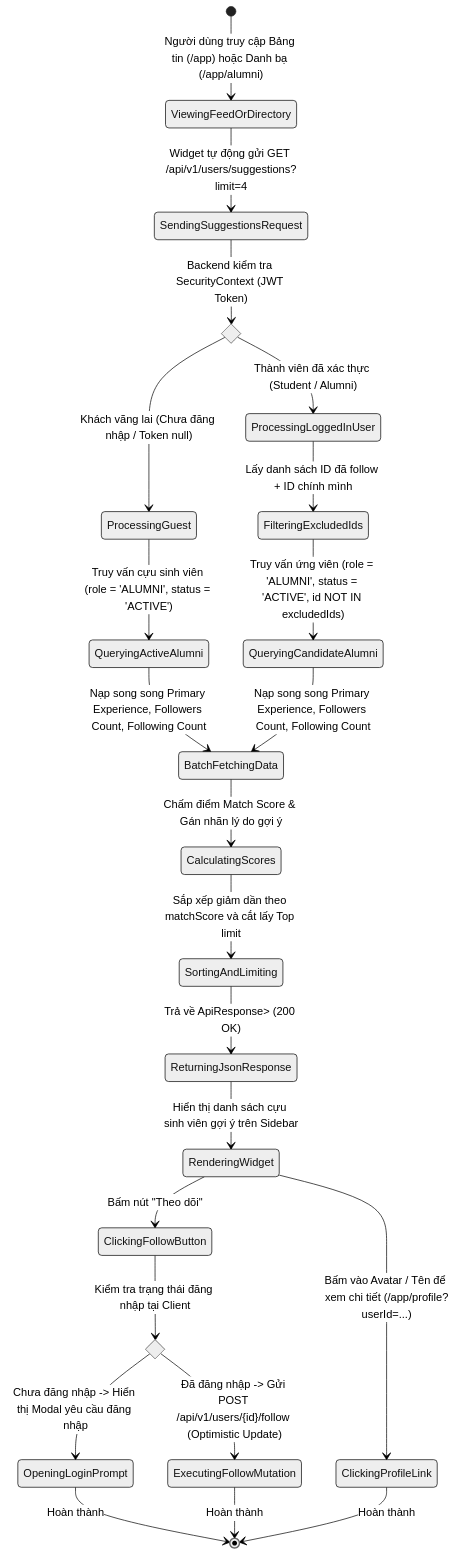
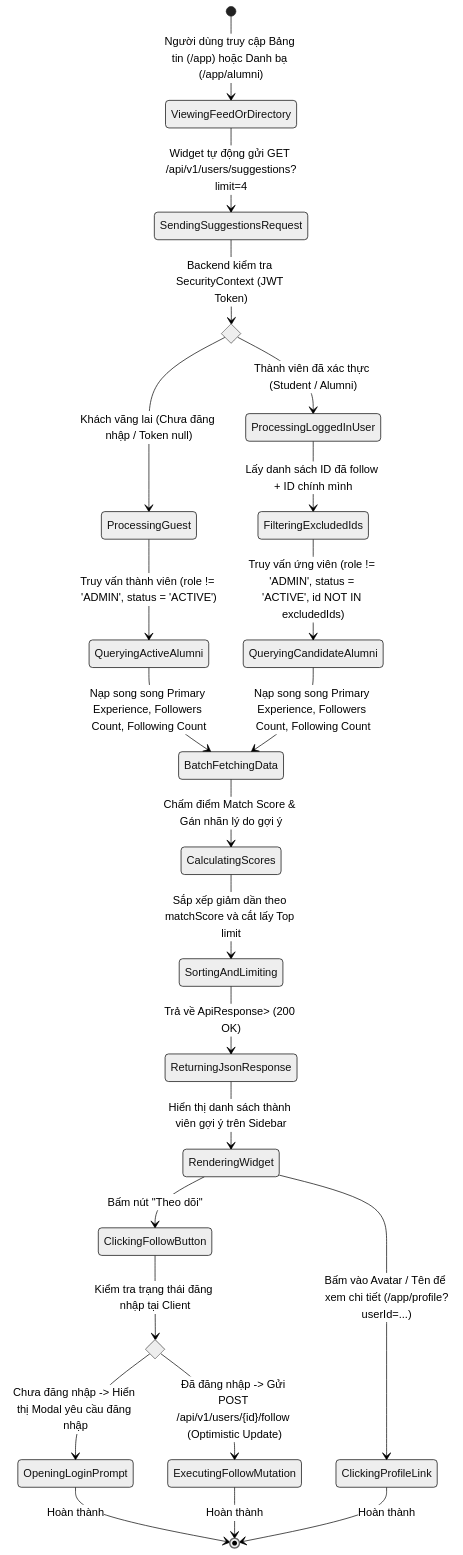
One commit to Alumnect/Alumnect changed the first of 3 diagrams in docs/update_SRS/SRS_UC10_ViewConnectionSuggestions.md. Above: the diagram before and after it, drawn with Mermaid (neutral theme). The commit also changed other lines of this file and 75 other files, not shown here.

````diff
--- a/docs/update_SRS/SRS_UC10_ViewConnectionSuggestions.md
+++ b/docs/update_SRS/SRS_UC10_ViewConnectionSuggestions.md
@@ -7,35 +7,35 @@
 ```mermaid
 stateDiagram-v2
     [*] --> ViewingFeedOrDirectory : Người dùng truy cập Bảng tin (/app) hoặc Danh bạ (/app/alumni)
     ViewingFeedOrDirectory --> SendingSuggestionsRequest : Widget tự động gửi GET /api/v1/users/suggestions?limit=4
     
     state CheckingAuthentication <<choice>>
     SendingSuggestionsRequest --> CheckingAuthentication : Backend kiểm tra SecurityContext (JWT Token)
     CheckingAuthentication --> ProcessingGuest : Khách vãng lai (Chưa đăng nhập / Token null)
     CheckingAuthentication --> ProcessingLoggedInUser : Thành viên đã xác thực (Student / Alumni)
 
-    ProcessingGuest --> QueryingActiveAlumni : Truy vấn cựu sinh viên (role = 'ALUMNI', status = 'ACTIVE')
+    ProcessingGuest --> QueryingActiveAlumni : Truy vấn thành viên (role != 'ADMIN', status = 'ACTIVE')
     ProcessingLoggedInUser --> FilteringExcludedIds : Lấy danh sách ID đã follow + ID chính mình
-    FilteringExcludedIds --> QueryingCandidateAlumni : Truy vấn ứng viên (role = 'ALUMNI', status = 'ACTIVE', id NOT IN excludedIds)
+    FilteringExcludedIds --> QueryingCandidateAlumni : Truy vấn ứng viên (role != 'ADMIN', status = 'ACTIVE', id NOT IN excludedIds)
     
     QueryingActiveAlumni --> BatchFetchingData : Nạp song song Primary Experience, Followers Count, Following Count
     QueryingCandidateAlumni --> BatchFetchingData : Nạp song song Primary Experience, Followers Count, Following Count
     
     BatchFetchingData --> CalculatingScores : Chấm điểm Match Score & Gán nhãn lý do gợi ý
     CalculatingScores --> SortingAndLimiting : Sắp xếp giảm dần theo matchScore và cắt lấy Top limit
     SortingAndLimiting --> ReturningJsonResponse : Trả về ApiResponse<List<ConnectionSuggestionResponse>> (200 OK)
     
-    ReturningJsonResponse --> RenderingWidget : Hiển thị danh sách cựu sinh viên gợi ý trên Sidebar
+    ReturningJsonResponse --> RenderingWidget : Hiển thị danh sách thành viên gợi ý trên Sidebar
     
     RenderingWidget --> ClickingProfileLink : Bấm vào Avatar / Tên để xem chi tiết (/app/profile?userId=...)
     RenderingWidget --> ClickingFollowButton : Bấm nút "Theo dõi"
     
     state CheckingAuthOnFollow <<choice>>
     ClickingFollowButton --> CheckingAuthOnFollow : Kiểm tra trạng thái đăng nhập tại Client
     CheckingAuthOnFollow --> OpeningLoginPrompt : Chưa đăng nhập -> Hiển thị Modal yêu cầu đăng nhập
     CheckingAuthOnFollow --> ExecutingFollowMutation : Đã đăng nhập -> Gửi POST /api/v1/users/{id}/follow (Optimistic Update)
     
     OpeningLoginPrompt --> [*] : Hoàn thành
     ExecutingFollowMutation --> [*] : Hoàn thành
     ClickingProfileLink --> [*] : Hoàn thành
 ```
````
